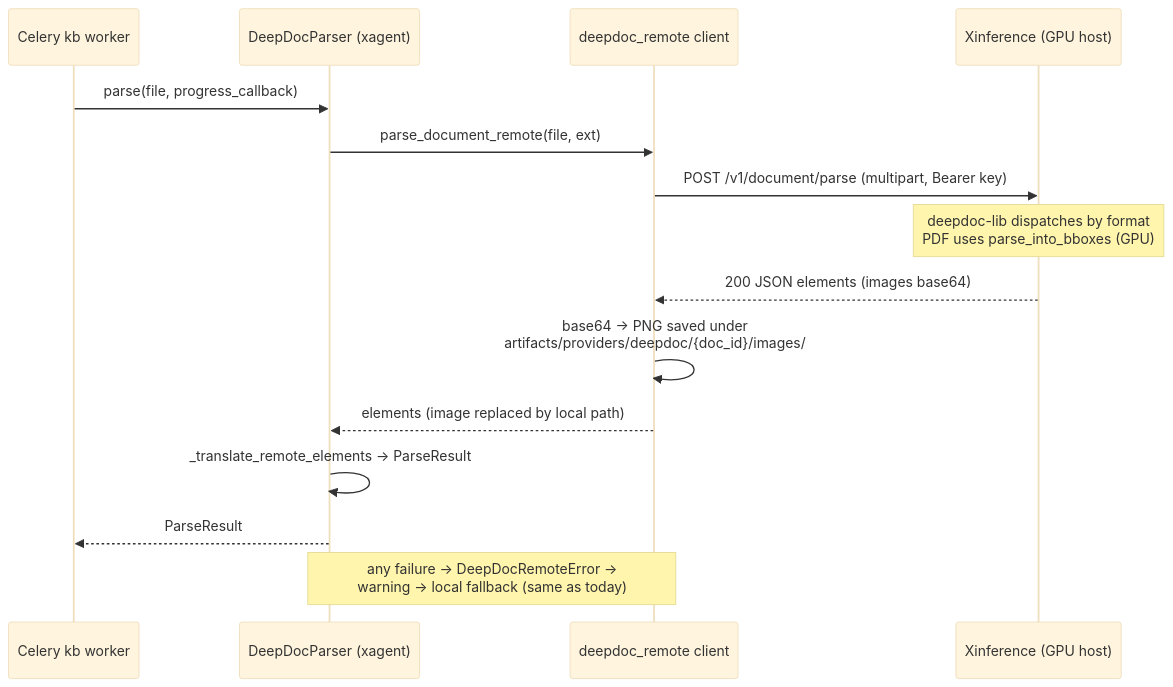
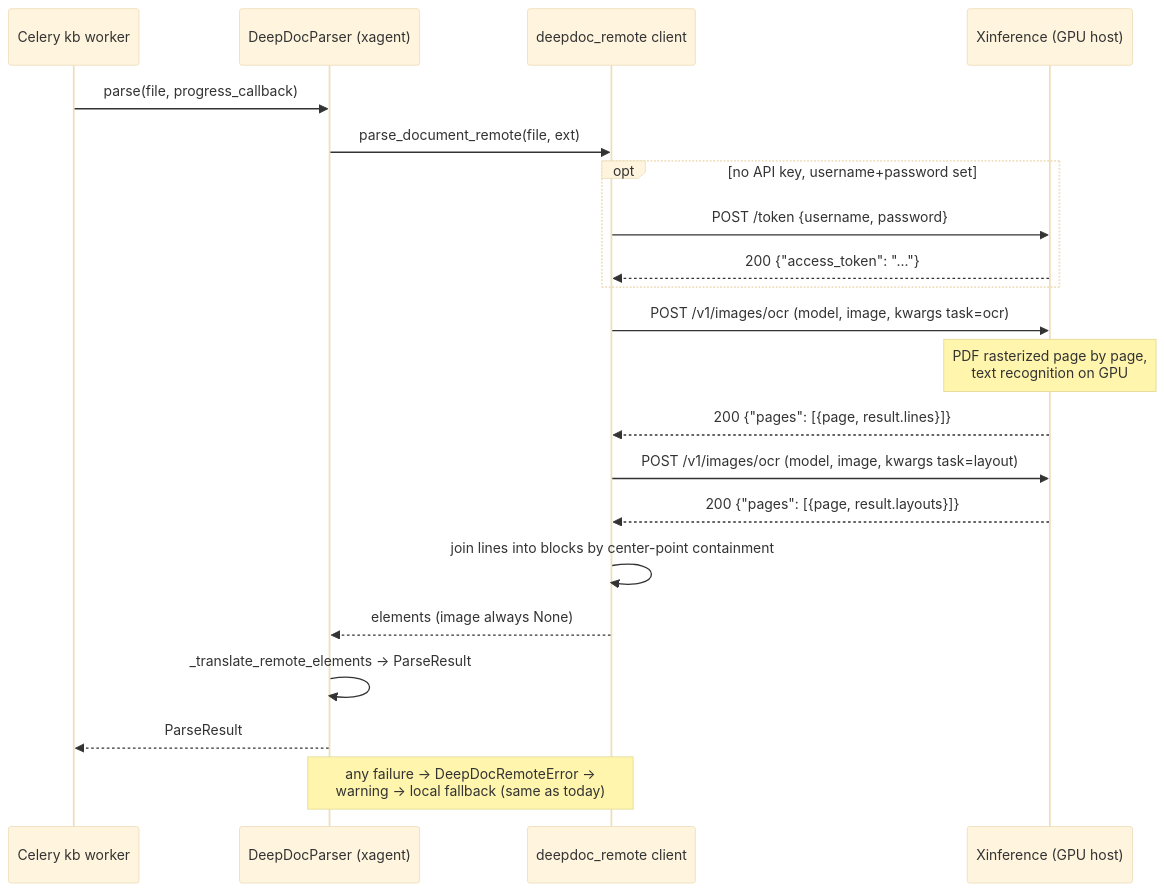
Before and after one commit to OliverBryant/xagent: the second of 2 diagrams in docs/deepdoc-remote-parsing.md, drawn with Mermaid (base theme). The commit also changed other lines of this file and 5 other files, not shown here.

````diff
--- a/docs/deepdoc-remote-parsing.md
+++ b/docs/deepdoc-remote-parsing.md
@@ -59,17 +63,23 @@
 ```mermaid
 sequenceDiagram
     participant W as Celery kb worker
     participant DP as DeepDocParser (xagent)
     participant RC as deepdoc_remote client
     participant XI as Xinference (GPU host)
     W->>DP: parse(file, progress_callback)
     DP->>RC: parse_document_remote(file, ext)
-    RC->>XI: POST /v1/document/parse (multipart, Bearer key)
-    Note over XI: deepdoc-lib dispatches by format<br/>PDF uses parse_into_bboxes (GPU)
-    XI-->>RC: 200 JSON elements (images base64)
-    RC->>RC: base64 -> PNG saved under<br/>artifacts/providers/deepdoc/{doc_id}/images/
-    RC-->>DP: elements (image replaced by local path)
+    opt no API key, username+password set
+        RC->>XI: POST /token {username, password}
+        XI-->>RC: 200 {"access_token": "..."}
+    end
+    RC->>XI: POST /v1/images/ocr (model, image, kwargs task=ocr)
+    Note over XI: PDF rasterized page by page,<br/>text recognition on GPU
+    XI-->>RC: 200 {"pages": [{page, result.lines}]}
+    RC->>XI: POST /v1/images/ocr (model, image, kwargs task=layout)
+    XI-->>RC: 200 {"pages": [{page, result.layouts}]}
+    RC->>RC: join lines into blocks by center-point containment
+    RC-->>DP: elements (image always None)
     DP->>DP: _translate_remote_elements -> ParseResult
     DP-->>W: ParseResult
     Note over DP,RC: any failure -> DeepDocRemoteError -><br/>warning -> local fallback (same as today)
 ```
````
